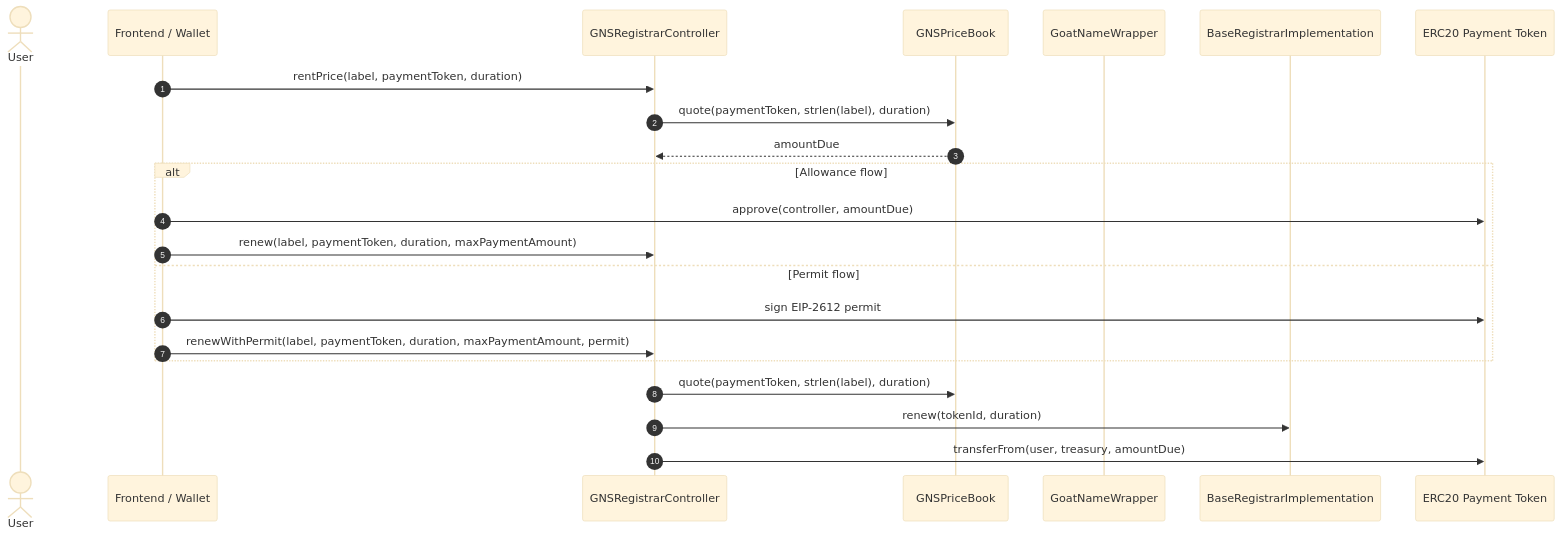
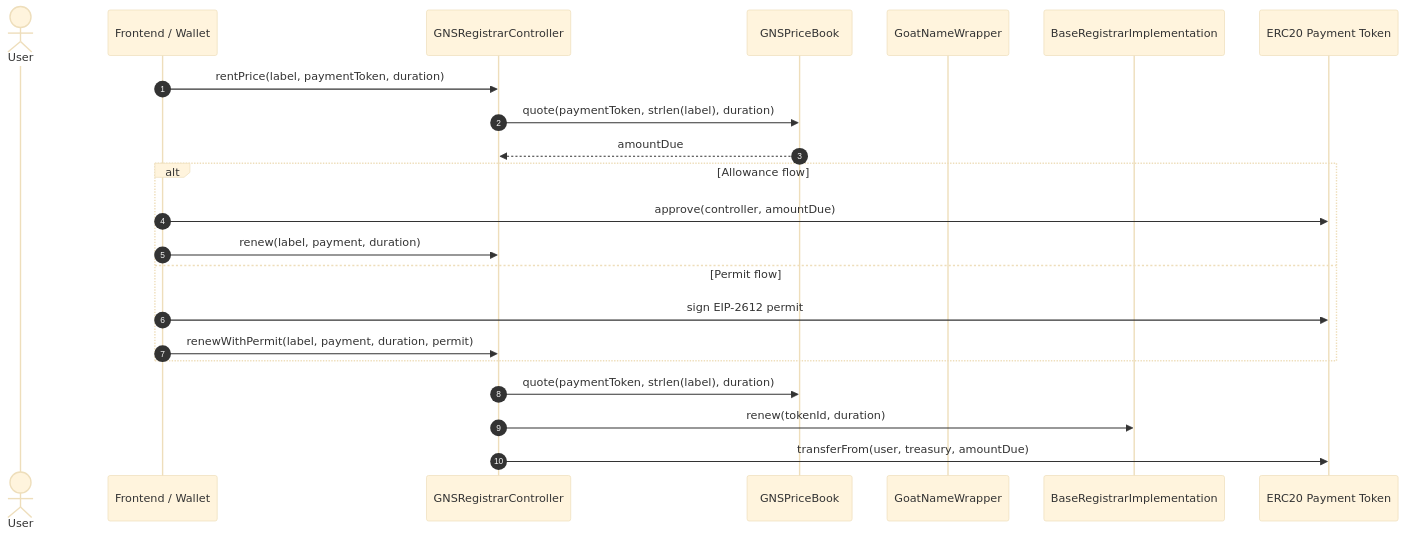
Before and after one commit to GOATNetwork/goat-name-service: the second of 3 diagrams in README.md, drawn with Mermaid (base theme). The commit also changed other lines of this file and 3 other files, not shown here.

````diff
--- a/README.md
+++ b/README.md
@@ -122,28 +122,28 @@
 ```mermaid
 sequenceDiagram
     autonumber
     actor User
     participant FE as Frontend / Wallet
     participant Controller as GNSRegistrarController
     participant PriceBook as GNSPriceBook
     participant Wrapper as GoatNameWrapper
     participant Registrar as BaseRegistrarImplementation
     participant Token as ERC20 Payment Token
 
     FE->>Controller: rentPrice(label, paymentToken, duration)
     Controller->>PriceBook: quote(paymentToken, strlen(label), duration)
     PriceBook-->>Controller: amountDue
 
     alt Allowance flow
         FE->>Token: approve(controller, amountDue)
-        FE->>Controller: renew(label, paymentToken, duration, maxPaymentAmount)
+        FE->>Controller: renew(label, payment, duration)
     else Permit flow
         FE->>Token: sign EIP-2612 permit
-        FE->>Controller: renewWithPermit(label, paymentToken, duration, maxPaymentAmount, permit)
+        FE->>Controller: renewWithPermit(label, payment, duration, permit)
     end
 
     Controller->>PriceBook: quote(paymentToken, strlen(label), duration)
     Controller->>Registrar: renew(tokenId, duration)
 
     Controller->>Token: transferFrom(user, treasury, amountDue)
 ```
````
